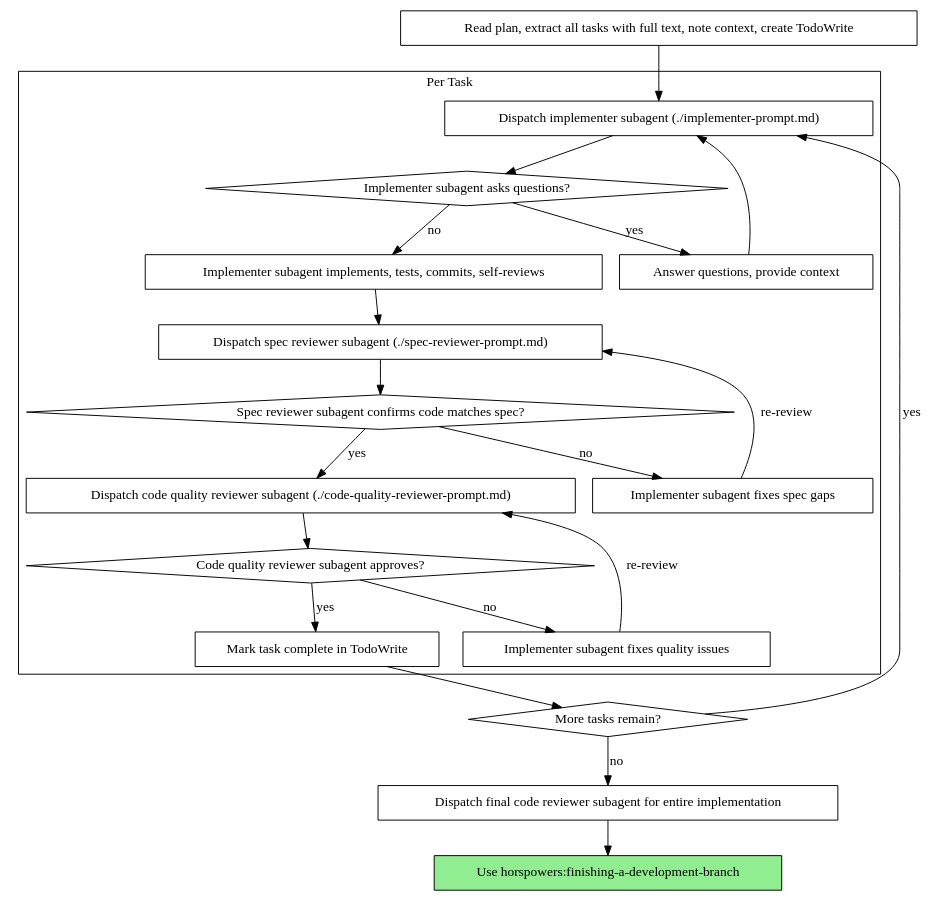
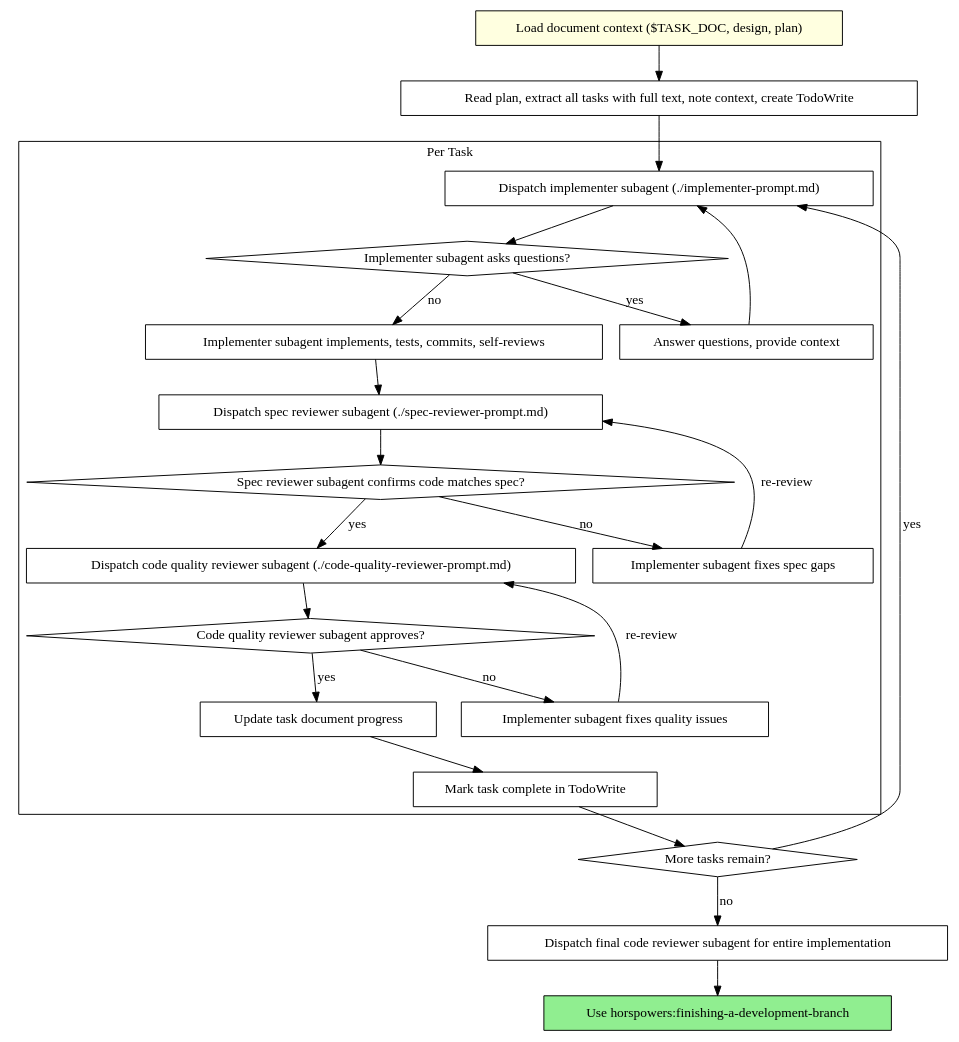
The second of 2 diagrams in skills/subagent-driven-development/SKILL.md (obra/superpowers), drawn with Graphviz before and after one commit. The commit also changed other lines of this file and 6 other files, not shown here.

````diff
--- a/skills/subagent-driven-development/SKILL.md
+++ b/skills/subagent-driven-development/SKILL.md
@@ -42,44 +109,49 @@
 ```dot
 digraph process {
     rankdir=TB;
+
+    "Load document context ($TASK_DOC, design, plan)" [shape=box style=filled fillcolor=lightyellow];
+    "Read plan, extract all tasks with full text, note context, create TodoWrite" [shape=box];
 
     subgraph cluster_per_task {
         label="Per Task";
         "Dispatch implementer subagent (./implementer-prompt.md)" [shape=box];
         "Implementer subagent asks questions?" [shape=diamond];
         "Answer questions, provide context" [shape=box];
         "Implementer subagent implements, tests, commits, self-reviews" [shape=box];
         "Dispatch spec reviewer subagent (./spec-reviewer-prompt.md)" [shape=box];
         "Spec reviewer subagent confirms code matches spec?" [shape=diamond];
         "Implementer subagent fixes spec gaps" [shape=box];
         "Dispatch code quality reviewer subagent (./code-quality-reviewer-prompt.md)" [shape=box];
         "Code quality reviewer subagent approves?" [shape=diamond];
         "Implementer subagent fixes quality issues" [shape=box];
+        "Update task document progress" [shape=box];
         "Mark task complete in TodoWrite" [shape=box];
     }
 
-    "Read plan, extract all tasks with full text, note context, create TodoWrite" [shape=box];
     "More tasks remain?" [shape=diamond];
     "Dispatch final code reviewer subagent for entire implementation" [shape=box];
     "Use horspowers:finishing-a-development-branch" [shape=box style=filled fillcolor=lightgreen];
 
+    "Load document context ($TASK_DOC, design, plan)" -> "Read plan, extract all tasks with full text, note context, create TodoWrite";
     "Read plan, extract all tasks with full text, note context, create TodoWrite" -> "Dispatch implementer subagent (./implementer-prompt.md)";
     "Dispatch implementer subagent (./implementer-prompt.md)" -> "Implementer subagent asks questions?";
     "Implementer subagent asks questions?" -> "Answer questions, provide context" [label="yes"];
     "Answer questions, provide context" -> "Dispatch implementer subagent (./implementer-prompt.md)";
     "Implementer subagent asks questions?" -> "Implementer subagent implements, tests, commits, self-reviews" [label="no"];
     "Implementer subagent implements, tests, commits, self-reviews" -> "Dispatch spec reviewer subagent (./spec-reviewer-prompt.md)";
     "Dispatch spec reviewer subagent (./spec-reviewer-prompt.md)" -> "Spec reviewer subagent confirms code matches spec?";
     "Spec reviewer subagent confirms code matches spec?" -> "Implementer subagent fixes spec gaps" [label="no"];
     "Implementer subagent fixes spec gaps" -> "Dispatch spec reviewer subagent (./spec-reviewer-prompt.md)" [label="re-review"];
     "Spec reviewer subagent confirms code matches spec?" -> "Dispatch code quality reviewer subagent (./code-quality-reviewer-prompt.md)" [label="yes"];
     "Dispatch code quality reviewer subagent (./code-quality-reviewer-prompt.md)" -> "Code quality reviewer subagent approves?";
     "Code quality reviewer subagent approves?" -> "Implementer subagent fixes quality issues" [label="no"];
     "Implementer subagent fixes quality issues" -> "Dispatch code quality reviewer subagent (./code-quality-reviewer-prompt.md)" [label="re-review"];
-    "Code quality reviewer subagent approves?" -> "Mark task complete in TodoWrite" [label="yes"];
+    "Code quality reviewer subagent approves?" -> "Update task document progress" [label="yes"];
+    "Update task document progress" -> "Mark task complete in TodoWrite";
     "Mark task complete in TodoWrite" -> "More tasks remain?";
     "More tasks remain?" -> "Dispatch implementer subagent (./implementer-prompt.md)" [label="yes"];
     "More tasks remain?" -> "Dispatch final code reviewer subagent for entire implementation" [label="no"];
     "Dispatch final code reviewer subagent for entire implementation" -> "Use horspowers:finishing-a-development-branch";
 }
 ```
````
